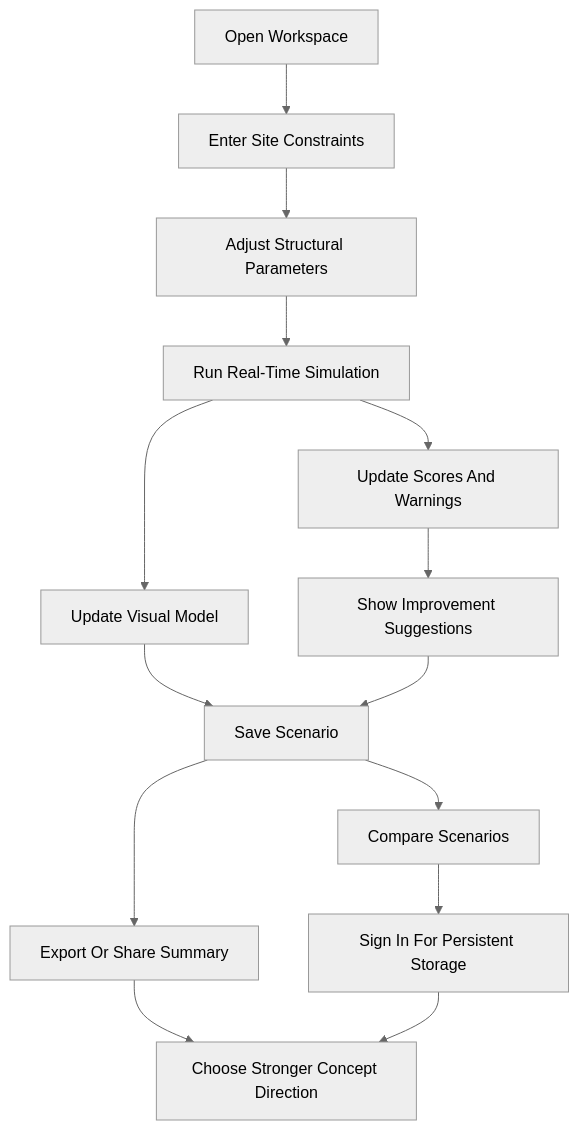
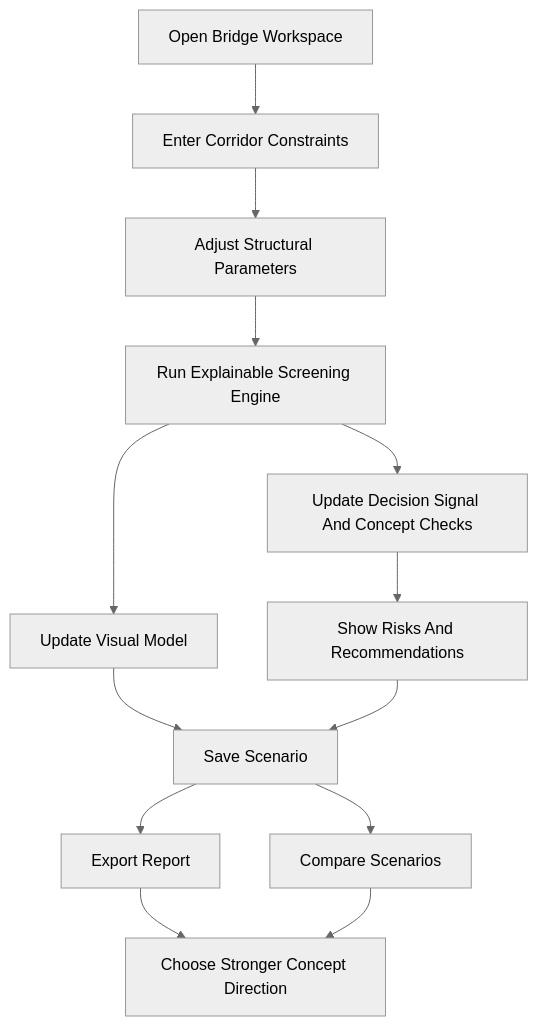
One commit to enjinuity/KARRAS-SIWES changed the first of 2 diagrams in .trae/documents/karras-mvp-prd.md. Above: the diagram before and after it, drawn with Mermaid (neutral theme). The commit also changed other lines of this file and 12 other files, not shown here.

````diff
--- a/.trae/documents/karras-mvp-prd.md
+++ b/.trae/documents/karras-mvp-prd.md
@@ -38,16 +96,15 @@
 ```mermaid
 flowchart TD
-    A["Open Workspace"] --> B["Enter Site Constraints"]
+    A["Open Bridge Workspace"] --> B["Enter Corridor Constraints"]
     B --> C["Adjust Structural Parameters"]
-    C --> D["Run Real-Time Simulation"]
+    C --> D["Run Explainable Screening Engine"]
     D --> E["Update Visual Model"]
-    D --> F["Update Scores And Warnings"]
-    F --> G["Show Improvement Suggestions"]
+    D --> F["Update Decision Signal And Concept Checks"]
+    F --> G["Show Risks And Recommendations"]
     E --> H["Save Scenario"]
     G --> H
-    H --> I["Export Or Share Summary"]
+    H --> I["Export Report"]
     H --> J["Compare Scenarios"]
-    J --> K["Sign In For Persistent Storage"]
-    I --> L["Choose Stronger Concept Direction"]
-    K --> L
+    I --> K["Choose Stronger Concept Direction"]
+    J --> K
 ```
````
